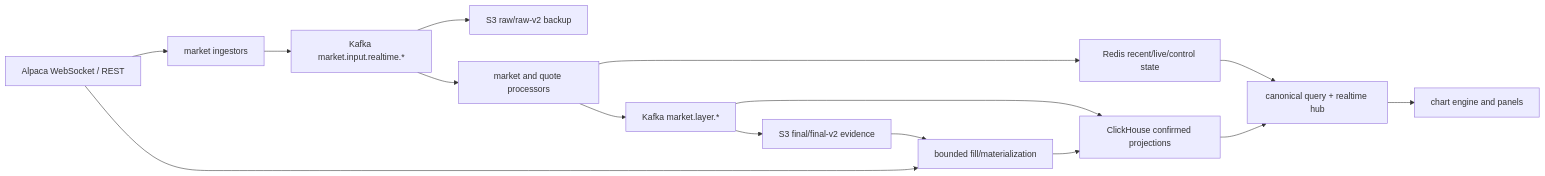
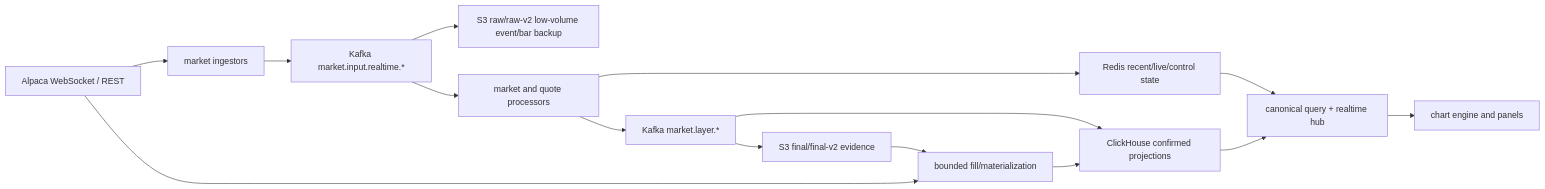
The diagram in docs/CHART_DATA_ARCHITECTURE.md (seunglee10/GOPS-BE), drawn with Mermaid before and after one commit. The commit also changed other lines of this file and 15 other files, not shown here.

````diff
--- a/docs/CHART_DATA_ARCHITECTURE.md
+++ b/docs/CHART_DATA_ARCHITECTURE.md
@@ -22,17 +23,17 @@
 ```mermaid
 flowchart LR
   Alpaca["Alpaca WebSocket / REST"] --> Ingestor["market ingestors"]
   Ingestor --> RawKafka["Kafka market.input.realtime.*"]
-  RawKafka --> RawS3["S3 raw/raw-v2 backup"]
+  RawKafka --> RawS3["S3 raw/raw-v2 low-volume event/bar backup"]
   RawKafka --> Processor["market and quote processors"]
   Processor --> Redis["Redis recent/live/control state"]
   Processor --> LayerKafka["Kafka market.layer.*"]
   LayerKafka --> ClickHouse["ClickHouse confirmed projections"]
   LayerKafka --> FinalS3["S3 final/final-v2 evidence"]
   Redis --> API["canonical query + realtime hub"]
   ClickHouse --> API
   FinalS3 --> Fill["bounded fill/materialization"]
   Alpaca --> Fill
   Fill --> ClickHouse
   API --> Frontend["chart engine and panels"]
 ```
````
